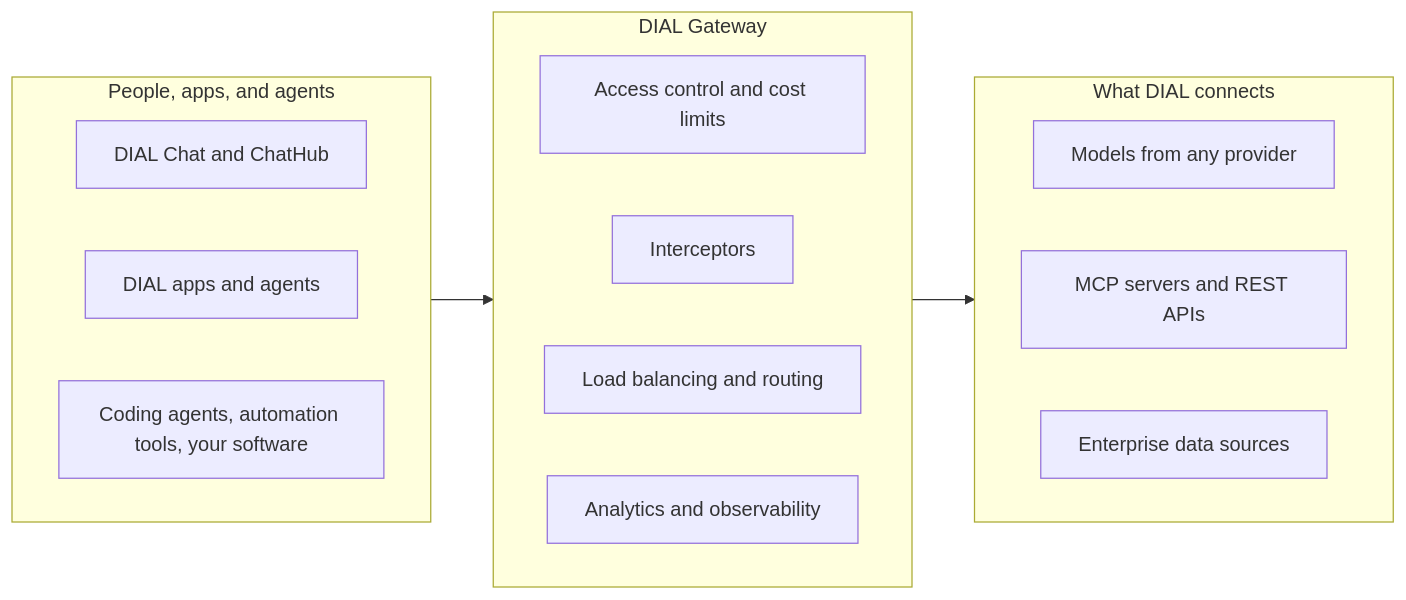
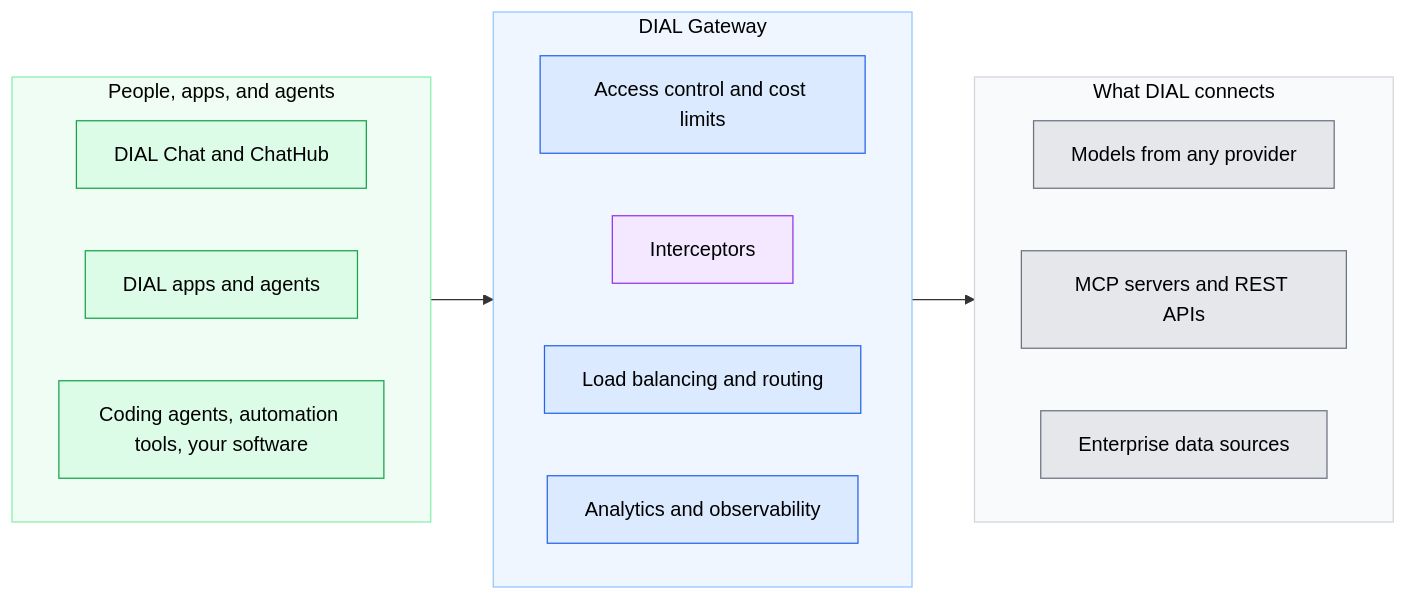
The diagram in docs_v2/2.understand-dial/1.positioning/1.what-is-dial.md (epam/ai-dial), drawn with Mermaid before and after one commit. The commit also changed other lines of this file and 21 other files, not shown here.

First line of the commit message:
docs: color What is DIAL diagram and convert notes to admonitions

````diff
--- a/docs_v2/2.understand-dial/1.positioning/1.what-is-dial.md
+++ b/docs_v2/2.understand-dial/1.positioning/1.what-is-dial.md
@@ -35,23 +35,35 @@
 ```mermaid
 flowchart LR
   subgraph Clients["People, apps, and agents"]
     direction LR
     Hub[DIAL Chat and ChatHub]
     Apps[DIAL apps and agents]
     Ext[Coding agents, automation tools, your software]
   end
   subgraph Gateway["DIAL Gateway"]
     direction LR
     Access[Access control and cost limits]
     Guard[Interceptors]
     Route[Load balancing and routing]
     Insight[Analytics and observability]
   end
   subgraph Sources["What DIAL connects"]
     direction LR
     Models[Models from any provider]
     Tools[MCP servers and REST APIs]
     Data[Enterprise data sources]
   end
   Clients --> Gateway --> Sources
+
+  classDef uiStyle fill:#dcfce7,stroke:#16a34a,color:#000000;
+  class Hub,Apps,Ext uiStyle;
+  classDef coreStyle fill:#dbeafe,stroke:#2563eb,color:#000000;
+  class Access,Route,Insight coreStyle;
+  classDef processingStyle fill:#f3e8ff,stroke:#9333ea,color:#000000;
+  class Guard processingStyle;
+  classDef extStyle fill:#e5e7eb,stroke:#6b7280,color:#000000;
+  class Models,Tools,Data extStyle;
+  style Clients fill:#f0fdf4,stroke:#86efac,color:#000000;
+  style Gateway fill:#eff6ff,stroke:#93c5fd,color:#000000;
+  style Sources fill:#f9fafb,stroke:#d1d5db,color:#000000;
 ```
````
